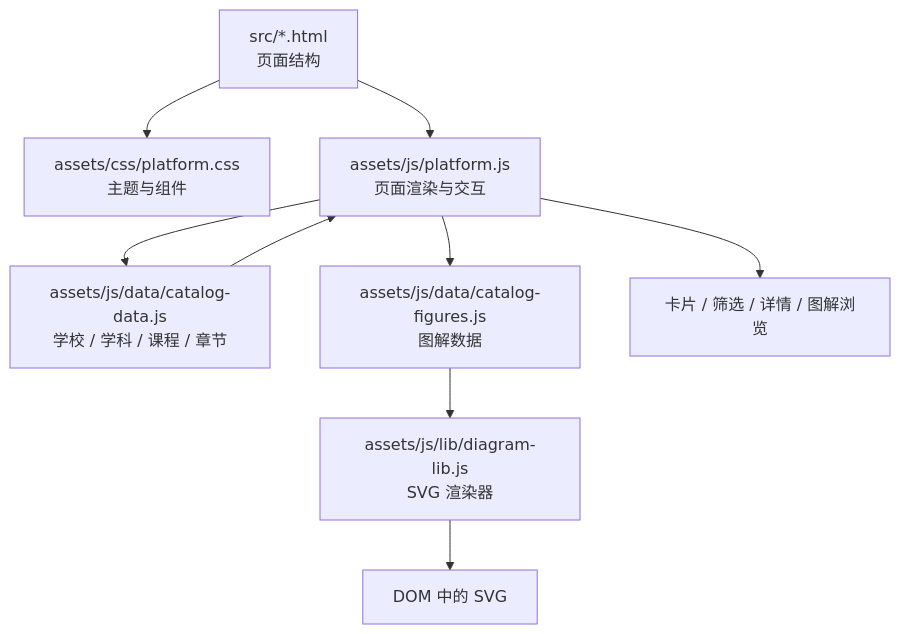
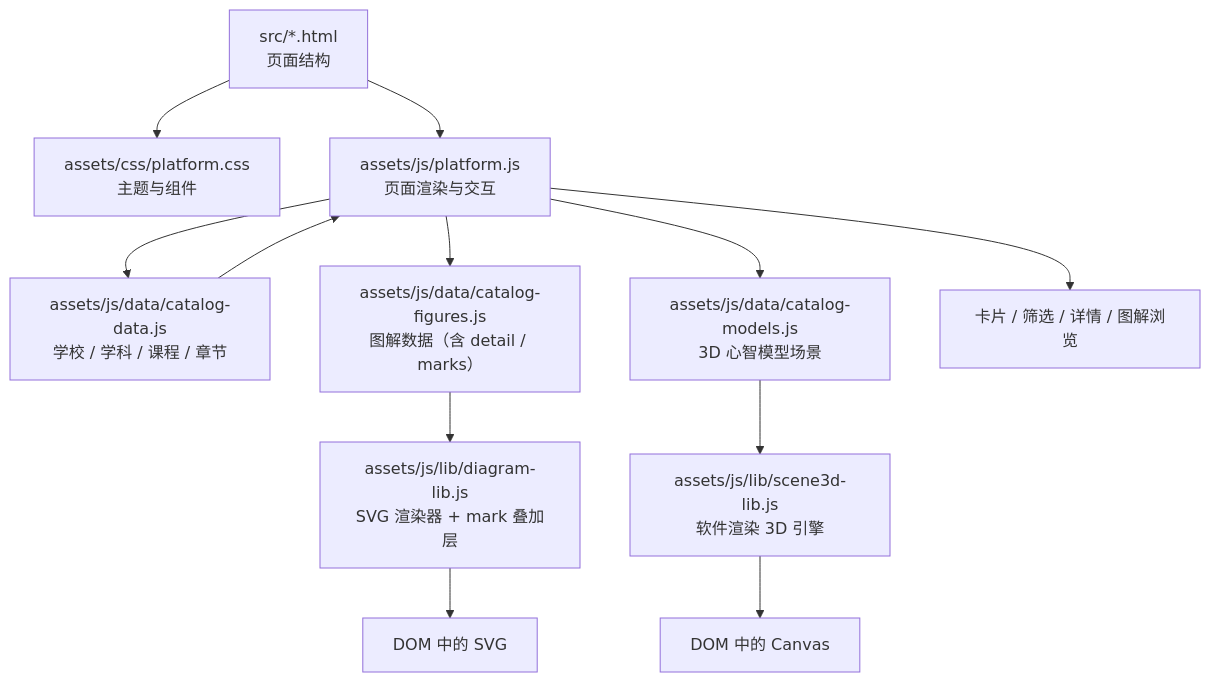
Before and after one commit to Zerlinw/MIT-Finance: the diagram in docs/architecture.md, drawn with Mermaid. The commit also changed other lines of this file and 32 other files, not shown here.

First line of the commit message:
feat(site): 升级 3D 图解、交互标记与金融实验室

````diff
--- a/docs/architecture.md
+++ b/docs/architecture.md
@@ -14,11 +14,14 @@
 ```mermaid
 flowchart TD
   Page["src/*.html<br/>页面结构"] --> CSS["assets/css/platform.css<br/>主题与组件"]
   Page --> Platform["assets/js/platform.js<br/>页面渲染与交互"]
   Platform --> Data["assets/js/data/catalog-data.js<br/>学校 / 学科 / 课程 / 章节"]
-  Platform --> Figures["assets/js/data/catalog-figures.js<br/>图解数据"]
-  Figures --> Lib["assets/js/lib/diagram-lib.js<br/>SVG 渲染器"]
+  Platform --> Figures["assets/js/data/catalog-figures.js<br/>图解数据（含 detail / marks）"]
+  Platform --> Models["assets/js/data/catalog-models.js<br/>3D 心智模型场景"]
+  Figures --> Lib["assets/js/lib/diagram-lib.js<br/>SVG 渲染器 + mark 叠加层"]
+  Models --> Scene["assets/js/lib/scene3d-lib.js<br/>软件渲染 3D 引擎"]
+  Scene --> Canvas["DOM 中的 Canvas"]
   Lib --> SVG["DOM 中的 SVG"]
   Platform --> DOM["卡片 / 筛选 / 详情 / 图解浏览"]
   Data --> Platform
 ```
````
